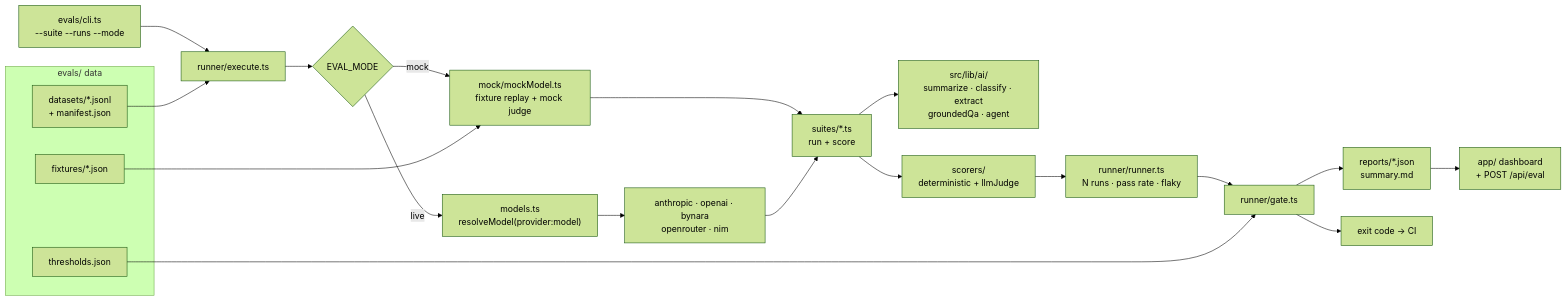
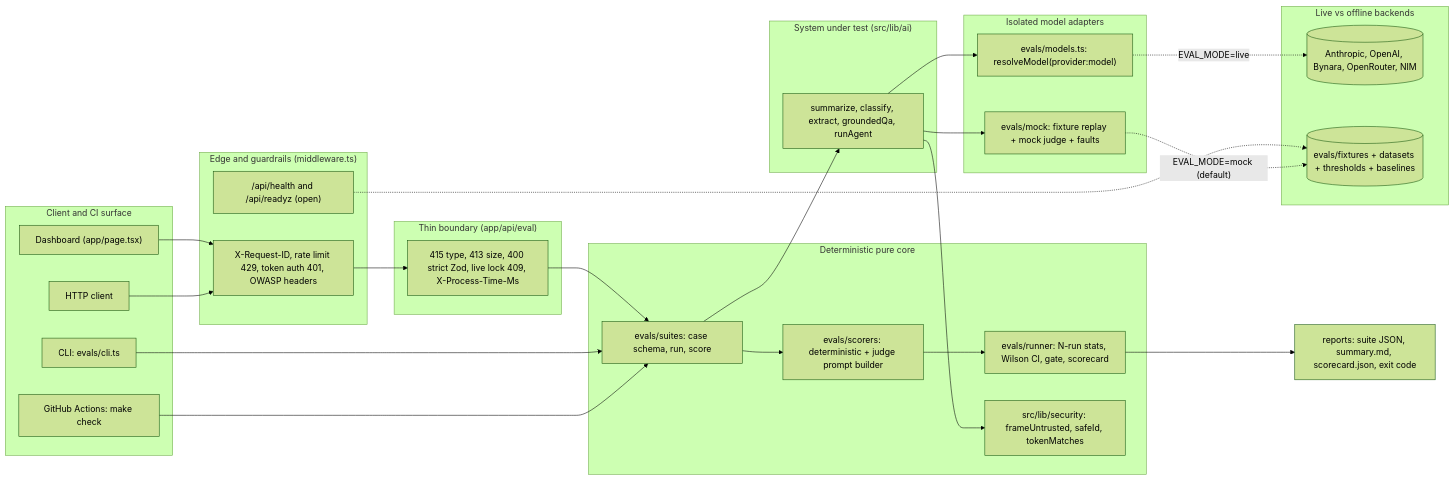
Before and after one commit to AshraHossain/ai-sdk-eval-harness: the first of 2 diagrams in README.md, drawn with Mermaid (forest theme). The commit also changed other lines of this file and 20 other files, not shown here.

First line of the commit message:
docs: align agent instructions and add architecture, security and scorecard docs

````diff
--- a/README.md
+++ b/README.md
@@ -28,27 +44,43 @@
 ```mermaid
 flowchart LR
-  subgraph data["evals/ data"]
-    DS["datasets/*.jsonl<br/>+ manifest.json"]
-    FX["fixtures/*.json"]
-    TH["thresholds.json"]
-  end
-
-  CLI["evals/cli.ts<br/>--suite --runs --mode"] --> EX["runner/execute.ts"]
-  DS --> EX
-  EX --> MODE{"EVAL_MODE"}
-  MODE -- mock --> MOCK["mock/mockModel.ts<br/>fixture replay + mock judge"]
-  FX --> MOCK
-  MODE -- live --> RES["models.ts<br/>resolveModel(provider:model)"]
-  RES --> PROV["anthropic · openai · bynara<br/>openrouter · nim"]
-
-  MOCK --> SUITE["suites/*.ts<br/>run + score"]
-  PROV --> SUITE
-  SUITE --> SUT["src/lib/ai/<br/>summarize · classify · extract<br/>groundedQa · agent"]
-  SUITE --> SC["scorers/<br/>deterministic + llmJudge"]
-  SC --> RUN["runner/runner.ts<br/>N runs · pass rate · flaky"]
-  RUN --> GATE["runner/gate.ts"]
-  TH --> GATE
-  GATE --> REP["reports/*.json<br/>summary.md"]
-  GATE --> EXIT["exit code → CI"]
-  REP --> UI["app/ dashboard<br/>+ POST /api/eval"]
+    subgraph Client["Client and CI surface"]
+        UI["Dashboard (app/page.tsx)"]
+        API_C["HTTP client"]
+        CLI["CLI: evals/cli.ts"]
+        CI["GitHub Actions: make check"]
+    end
+    subgraph Edge["Edge and guardrails (middleware.ts)"]
+        MW["X-Request-ID, rate limit 429, token auth 401, OWASP headers"]
+        PROBE["/api/health and /api/readyz (open)"]
+    end
+    subgraph Boundary["Thin boundary (app/api/eval)"]
+        RT["415 type, 413 size, 400 strict Zod, live lock 409, X-Process-Time-Ms"]
+    end
+    subgraph Core["Deterministic pure core"]
+        SUITES["evals/suites: case schema, run, score"]
+        SCORE["evals/scorers: deterministic + judge prompt builder"]
+        STATS["evals/runner: N-run stats, Wilson CI, gate, scorecard"]
+        SAN["src/lib/security: frameUntrusted, safeId, tokenMatches"]
+    end
+    subgraph SUT["System under test (src/lib/ai)"]
+        FEAT["summarize, classify, extract, groundedQa, runAgent"]
+    end
+    subgraph Adapters["Isolated model adapters"]
+        RES["evals/models.ts: resolveModel(provider:model)"]
+        MOCKM["evals/mock: fixture replay + mock judge + faults"]
+    end
+    subgraph Backends["Live vs offline backends"]
+        LIVE[("Anthropic, OpenAI, Bynara, OpenRouter, NIM")]
+        FIX[("evals/fixtures + datasets + thresholds + baselines")]
+    end
+    UI & API_C --> MW --> RT --> SUITES
+    PROBE -.-> FIX
+    CLI & CI --> SUITES
+    SUITES --> FEAT
+    FEAT --> SAN
+    SUITES --> SCORE --> STATS
+    STATS --> OUT["reports: suite JSON, summary.md, scorecard.json, exit code"]
+    FEAT --> RES & MOCKM
+    RES -. "EVAL_MODE=live" .-> LIVE
+    MOCKM -. "EVAL_MODE=mock (default)" .-> FIX
 ```
````
